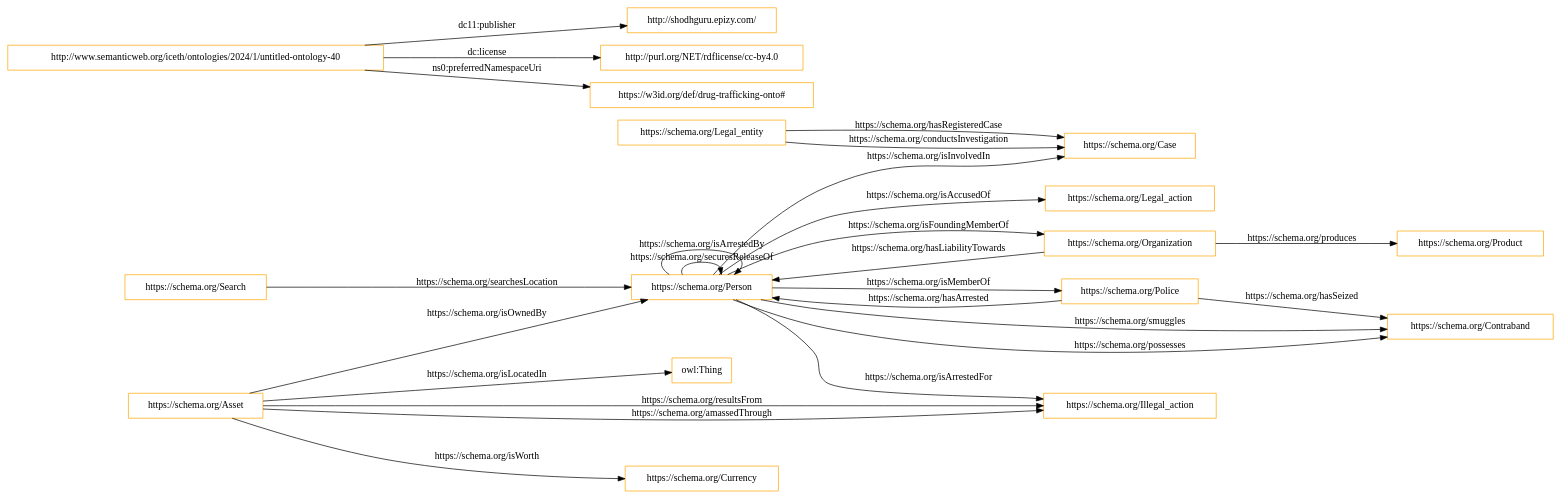
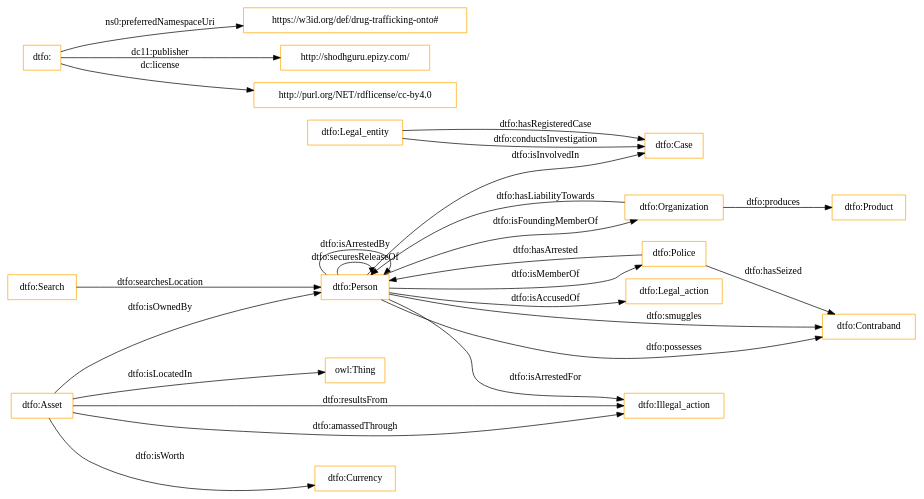
The diagram in OnToology/DTFO.ttl/diagrams/ar2dtool-class/DTFO.ttl.png.dot (nandana/Drug-Trafficking-Ontology), drawn with Graphviz before and after one commit. The commit also changed 23 other files, not shown here.

```diff
--- a/OnToology/DTFO.ttl/diagrams/ar2dtool-class/DTFO.ttl.png.dot
+++ b/OnToology/DTFO.ttl/diagrams/ar2dtool-class/DTFO.ttl.png.dot
@@ -1,30 +1,30 @@
 digraph ar2dtool_diagram { 
 rankdir=LR;
 size="1501"
-node [shape = rectangle, color="orange"]; "https://schema.org/Legal_entity" "https://schema.org/Illegal_action" "https://schema.org/Legal_action" "https://schema.org/Police" "https://schema.org/Currency" "https://schema.org/Product" "https://schema.org/Contraband" "https://schema.org/Person" "https://schema.org/Search" "https://schema.org/Organization" "https://schema.org/Asset" "https://schema.org/Case" ; /*classes style*/
-	"http://www.semanticweb.org/iceth/ontologies/2024/1/untitled-ontology-40" -> "http://shodhguru.epizy.com/" [ label = "dc11:publisher" ];
-	"http://www.semanticweb.org/iceth/ontologies/2024/1/untitled-ontology-40" -> "http://purl.org/NET/rdflicense/cc-by4.0" [ label = "dc:license" ];
-	"http://www.semanticweb.org/iceth/ontologies/2024/1/untitled-ontology-40" -> "https://w3id.org/def/drug-trafficking-onto#" [ label = "ns0:preferredNamespaceUri" ];
-	"https://schema.org/Person" -> "https://schema.org/Police" [ label = "https://schema.org/isMemberOf" ];
-	"https://schema.org/Organization" -> "https://schema.org/Person" [ label = "https://schema.org/hasLiabilityTowards" ];
-	"https://schema.org/Person" -> "https://schema.org/Contraband" [ label = "https://schema.org/smuggles" ];
-	"https://schema.org/Asset" -> "https://schema.org/Person" [ label = "https://schema.org/isOwnedBy" ];
-	"https://schema.org/Police" -> "https://schema.org/Person" [ label = "https://schema.org/hasArrested" ];
-	"https://schema.org/Person" -> "https://schema.org/Person" [ label = "https://schema.org/securesReleaseOf" ];
-	"https://schema.org/Asset" -> "https://schema.org/Illegal_action" [ label = "https://schema.org/resultsFrom" ];
-	"https://schema.org/Person" -> "https://schema.org/Legal_action" [ label = "https://schema.org/isAccusedOf" ];
-	"https://schema.org/Legal_entity" -> "https://schema.org/Case" [ label = "https://schema.org/conductsInvestigation" ];
-	"https://schema.org/Person" -> "https://schema.org/Contraband" [ label = "https://schema.org/possesses" ];
-	"https://schema.org/Person" -> "https://schema.org/Organization" [ label = "https://schema.org/isFoundingMemberOf" ];
-	"https://schema.org/Person" -> "https://schema.org/Person" [ label = "https://schema.org/isArrestedBy" ];
-	"https://schema.org/Legal_entity" -> "https://schema.org/Case" [ label = "https://schema.org/hasRegisteredCase" ];
-	"https://schema.org/Police" -> "https://schema.org/Contraband" [ label = "https://schema.org/hasSeized" ];
-	"https://schema.org/Person" -> "https://schema.org/Illegal_action" [ label = "https://schema.org/isArrestedFor" ];
-	"https://schema.org/Organization" -> "https://schema.org/Product" [ label = "https://schema.org/produces" ];
-	"https://schema.org/Asset" -> "https://schema.org/Illegal_action" [ label = "https://schema.org/amassedThrough" ];
-	"https://schema.org/Asset" -> "https://schema.org/Currency" [ label = "https://schema.org/isWorth" ];
-	"https://schema.org/Search" -> "https://schema.org/Person" [ label = "https://schema.org/searchesLocation" ];
-	"https://schema.org/Person" -> "https://schema.org/Case" [ label = "https://schema.org/isInvolvedIn" ];
-	"https://schema.org/Asset" -> "owl:Thing" [ label = "https://schema.org/isLocatedIn" ];
+node [shape = rectangle, color="orange"]; "dtfo:Asset" "dtfo:Case" "dtfo:Organization" "dtfo:Person" "dtfo:Contraband" "dtfo:Currency" "dtfo:Legal_entity" "dtfo:Legal_action" "dtfo:Illegal_action" "dtfo:Product" "dtfo:Search" "dtfo:Police" ; /*classes style*/
+	"dtfo:" -> "https://w3id.org/def/drug-trafficking-onto#" [ label = "ns0:preferredNamespaceUri" ];
+	"dtfo:" -> "http://shodhguru.epizy.com/" [ label = "dc11:publisher" ];
+	"dtfo:" -> "http://purl.org/NET/rdflicense/cc-by4.0" [ label = "dc:license" ];
+	"dtfo:Legal_entity" -> "dtfo:Case" [ label = "dtfo:conductsInvestigation" ];
+	"dtfo:Person" -> "dtfo:Case" [ label = "dtfo:isInvolvedIn" ];
+	"dtfo:Police" -> "dtfo:Person" [ label = "dtfo:hasArrested" ];
+	"dtfo:Person" -> "dtfo:Contraband" [ label = "dtfo:possesses" ];
+	"dtfo:Asset" -> "dtfo:Person" [ label = "dtfo:isOwnedBy" ];
+	"dtfo:Person" -> "dtfo:Contraband" [ label = "dtfo:smuggles" ];
+	"dtfo:Legal_entity" -> "dtfo:Case" [ label = "dtfo:hasRegisteredCase" ];
+	"dtfo:Organization" -> "dtfo:Person" [ label = "dtfo:hasLiabilityTowards" ];
+	"dtfo:Person" -> "dtfo:Organization" [ label = "dtfo:isFoundingMemberOf" ];
+	"dtfo:Asset" -> "owl:Thing" [ label = "dtfo:isLocatedIn" ];
+	"dtfo:Search" -> "dtfo:Person" [ label = "dtfo:searchesLocation" ];
+	"dtfo:Police" -> "dtfo:Contraband" [ label = "dtfo:hasSeized" ];
+	"dtfo:Person" -> "dtfo:Person" [ label = "dtfo:securesReleaseOf" ];
+	"dtfo:Person" -> "dtfo:Person" [ label = "dtfo:isArrestedBy" ];
+	"dtfo:Asset" -> "dtfo:Illegal_action" [ label = "dtfo:amassedThrough" ];
+	"dtfo:Asset" -> "dtfo:Currency" [ label = "dtfo:isWorth" ];
+	"dtfo:Person" -> "dtfo:Legal_action" [ label = "dtfo:isAccusedOf" ];
+	"dtfo:Asset" -> "dtfo:Illegal_action" [ label = "dtfo:resultsFrom" ];
+	"dtfo:Person" -> "dtfo:Illegal_action" [ label = "dtfo:isArrestedFor" ];
+	"dtfo:Organization" -> "dtfo:Product" [ label = "dtfo:produces" ];
+	"dtfo:Person" -> "dtfo:Police" [ label = "dtfo:isMemberOf" ];
 
 }
```
